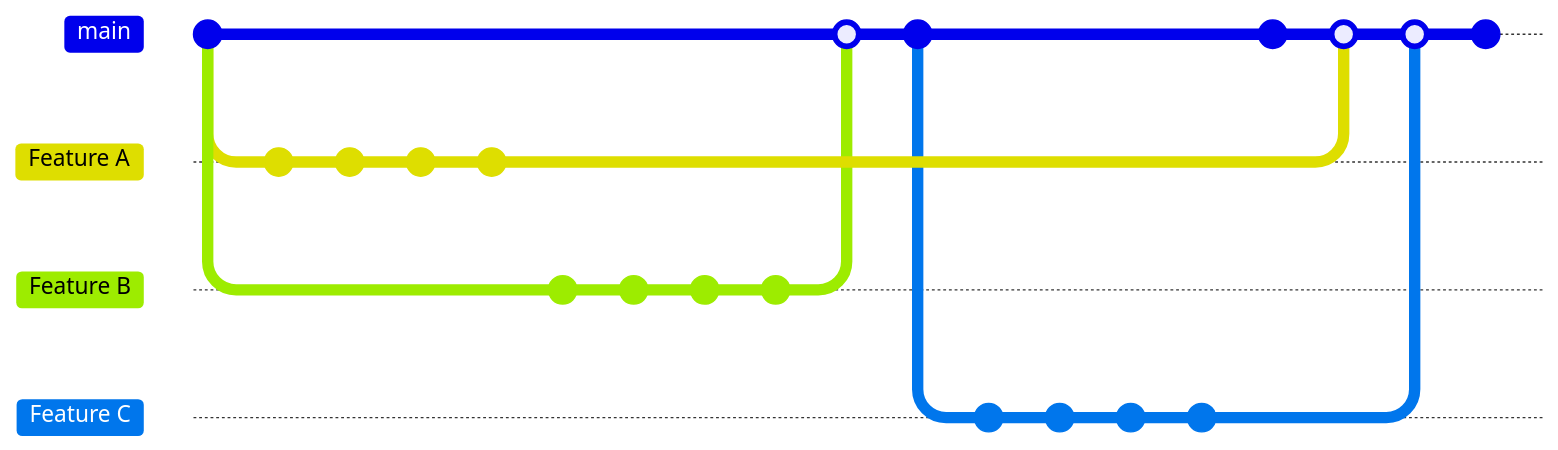
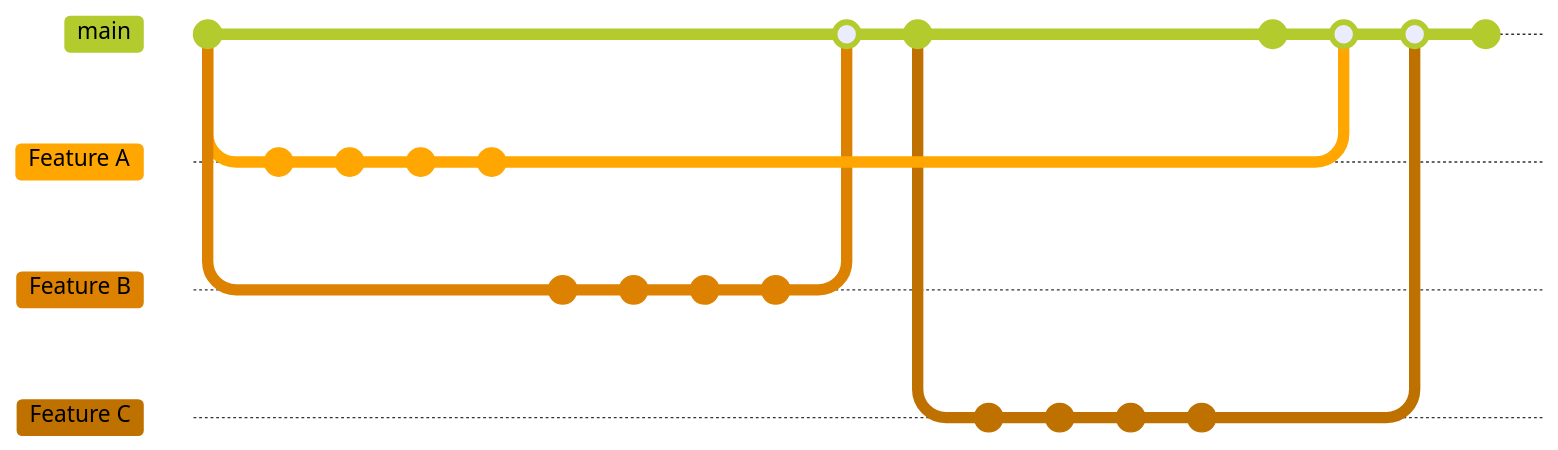
Before and after one commit to ClosedSourcerer/ExpertGroupGitHubTraining: the second of 3 diagrams in README.md, drawn with Mermaid. Commit ids are hidden.

````diff
--- a/README.md
+++ b/README.md
@@ -79,28 +79,42 @@
 ```mermaid
+    %%{init: { 'logLevel': 'debug', 'theme': 'default' , 'themeVariables': {
+              'git0': '#b3cb2d',
+              'git1': '#ffa600',
+              'git2': '#dd8200',
+              'git3': '#bf7100',
+            'gitBranchLabel0': '#000000',
+            'gitBranchLabel1': '#000000',
+            'gitBranchLabel2': '#000000',
+            'gitBranchLabel3': '#000000',
+            'commitLabelColor': '#f4f2f3',
+            'commitLabelBackground': '#219dd4',
+            'commitLabelFontSize': '14px'
+       } } }%%
 gitGraph
     commit id: "24.03"
     branch "Feature A"
     commit id: "Added Feature"
     commit id: "Create Pull Request"
     commit id: "Review"
     commit id: "Changes after Review"
     checkout main
     branch "Feature B"
     commit
     commit
     commit
     commit
     checkout main
-    merge "Feature B"
+    merge "Feature B" id: "Merged Feature B"
     commit id: "24.05"
     branch "Feature C"
     commit
     commit
     commit
     commit
     checkout main
     commit id: "Technical Maintenance"
-    merge "Feature A"
-    merge "Feature C"
+    merge "Feature A" id: "Merged Feature A"
+    merge "Feature C" id: "Merged Feature C"
     commit id: "24.08"
+
 ```
````
